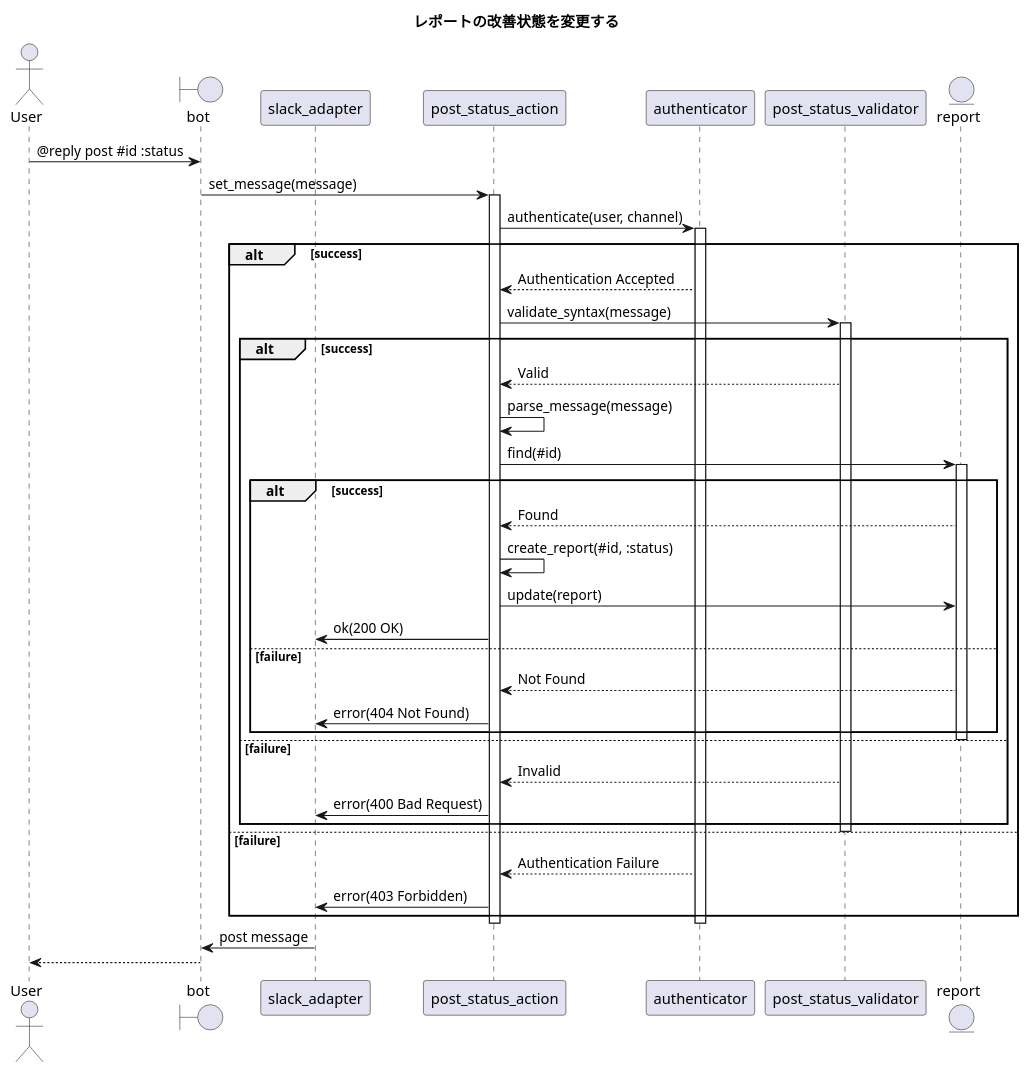
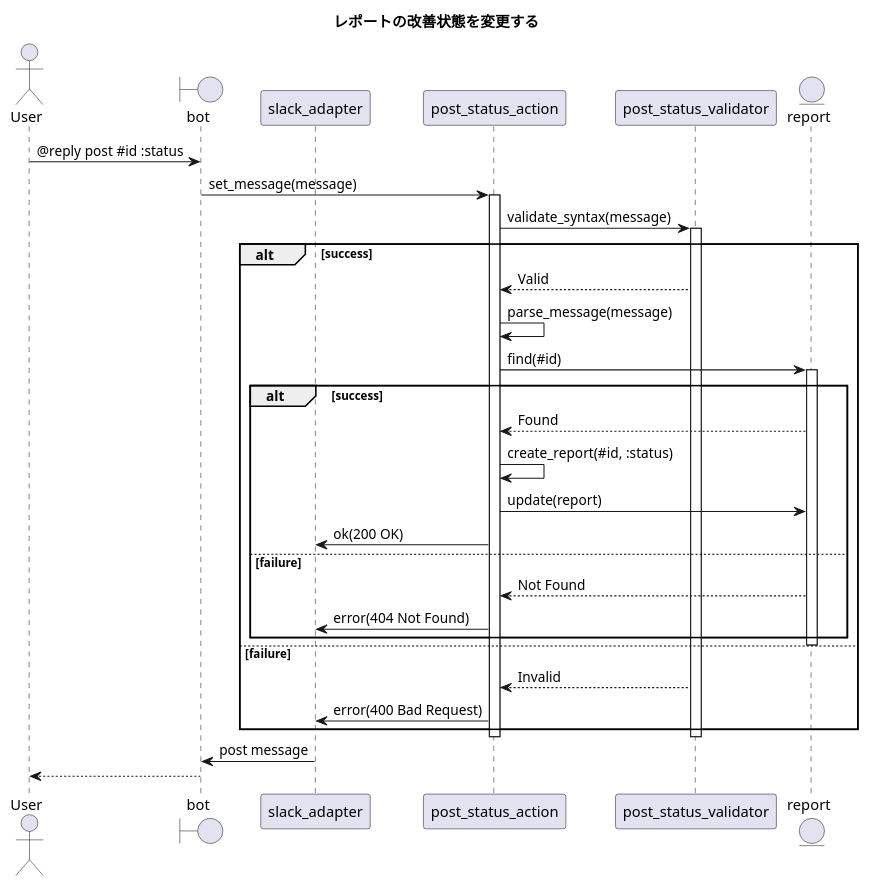
The diagram in 1.design/5.sequences/post-report-change-status.md (ito-masam/kpt-guard.doc), drawn with PlantUML before and after one commit. The commit also changed 15 other files, not shown here.

```diff
--- a/1.design/5.sequences/post-report-change-status.md
+++ b/1.design/5.sequences/post-report-change-status.md
@@ -1,55 +1,44 @@
 @startuml
 
     ' ----------- meta
     title レポートの改善状態を変更する
 
     actor User
     boundary bot
     participant slack_adapter
     participant post_status_action
-    participant authenticator
     participant post_status_validator
     entity report
 
     ' ----------- main
     User -> bot : @reply post #id :status
     bot -> post_status_action : set_message(message)
     activate post_status_action
-      post_status_action -> authenticator : authenticate(user, channel)
-      activate authenticator
-        alt success
-          authenticator --> post_status_action : Authentication Accepted
-          post_status_action -> post_status_validator : validate_syntax(message)
-          activate post_status_validator
+        post_status_action -> post_status_validator : validate_syntax(message)
+        activate post_status_validator
             alt success
-              post_status_validator --> post_status_action : Valid
-              post_status_action -> post_status_action : parse_message(message)
-              post_status_action -> report : find(#id)
-              activate report
-                alt success
-                  report --> post_status_action : Found
-                  post_status_action -> post_status_action : create_report(#id, :status)
-                  post_status_action -> report : update(report)
-                  post_status_action -> slack_adapter : ok(200 OK)
-                else failure
-                  report --> post_status_action : Not Found
-                  post_status_action -> slack_adapter : error(404 Not Found)
-                end
-              deactivate report
+                post_status_validator --> post_status_action : Valid
+                post_status_action -> post_status_action : parse_message(message)
+                post_status_action -> report : find(#id)
+                activate report
+                    alt success
+                        report --> post_status_action : Found
+                        post_status_action -> post_status_action : create_report(#id, :status)
+                        post_status_action -> report : update(report)
+                        post_status_action -> slack_adapter : ok(200 OK)
+                    else failure
+                        report --> post_status_action : Not Found
+                        post_status_action -> slack_adapter : error(404 Not Found)
+                    end
+                deactivate report
             else failure
-              ' ----------- alternative
-              post_status_validator --> post_status_action : Invalid
-              post_status_action -> slack_adapter : error(400 Bad Request)
+                ' ----------- alternative
+                post_status_validator --> post_status_action : Invalid
+                post_status_action -> slack_adapter : error(400 Bad Request)
             end
-          deactivate post_status_validator
-        else failure
-          ' ----------- alternative
-          authenticator --> post_status_action : Authentication Failure
-          post_status_action -> slack_adapter : error(403 Forbidden)
-        end
-      deactivate authenticator
+        deactivate post_status_validator
     deactivate post_status_action
     slack_adapter -> bot : post message
     bot --> User
 
 @enduml
```
